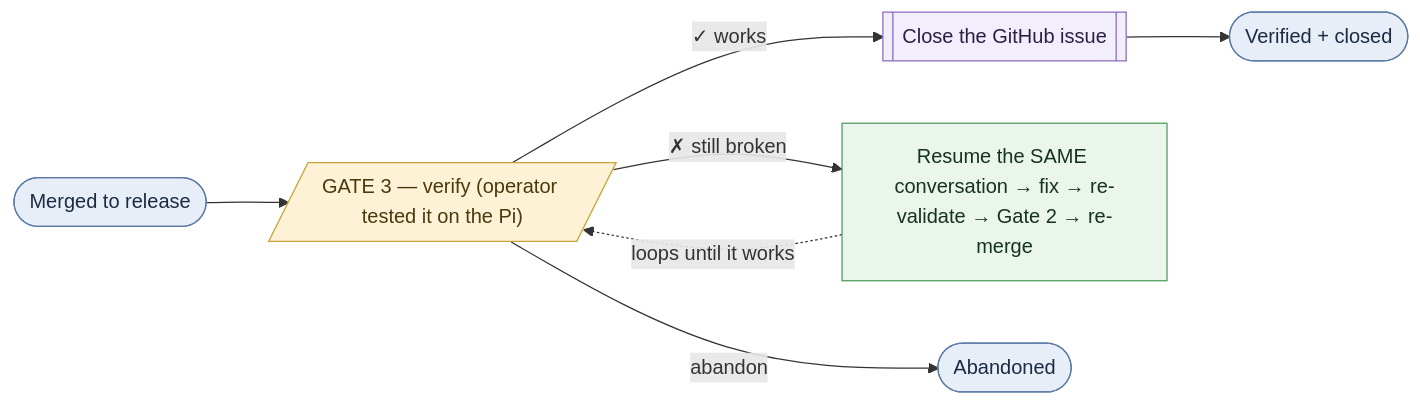
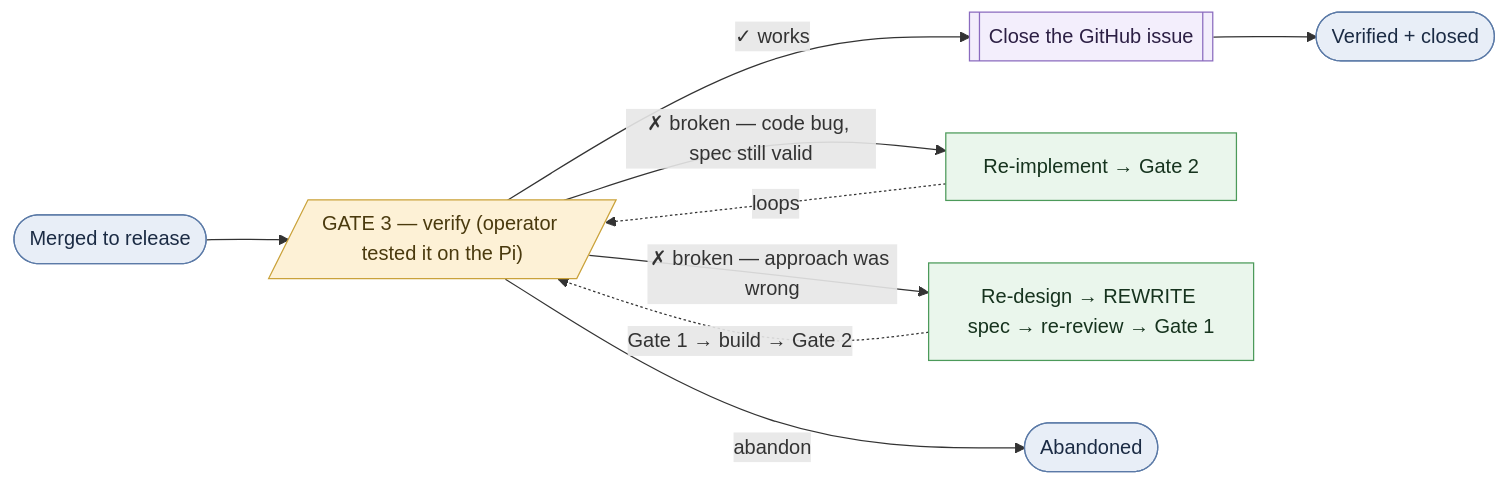
Before and after one commit to familycaptain/skipperbot-platform: the second of 2 diagrams in specs/evolve/sdlc.md, drawn with Mermaid. The commit also changed other lines of this file and 1 other file, not shown here.

First line of the commit message:
feat(evolve POC): verify-fail routes by depth — new approach re-specs + re-reviews + Gate 1

````diff
--- a/specs/evolve/sdlc.md
+++ b/specs/evolve/sdlc.md
@@ -160,12 +160,14 @@
 ```mermaid
 flowchart LR
   merged(["Merged to release"]):::event --> verify[/"GATE 3 — verify (operator tested it on the Pi)"/]:::gate
   verify -->|"✓ works"| close[["Close the GitHub issue"]]:::sys --> done(["Verified + closed"]):::event
-  verify -->|"✗ still broken"| resume["Resume the SAME conversation → fix → re-validate → Gate 2 → re-merge"]:::agent
-  resume -.->|"loops until it works"| verify
+  verify -->|"✗ broken — code bug, spec still valid"| reimpl["Re-implement → Gate 2"]:::agent
+  verify -->|"✗ broken — approach was wrong"| respec["Re-design → REWRITE spec → re-review → Gate 1"]:::agent
+  reimpl -.->|"loops"| verify
+  respec -.->|"Gate 1 → build → Gate 2"| verify
   verify -->|"abandon"| dropped(["Abandoned"]):::event
   classDef event fill:#e8eef7,stroke:#5b7aa7,color:#1b2b44;
   classDef agent fill:#eaf6ec,stroke:#4c9a5a,color:#16331e;
   classDef sys fill:#f3eefc,stroke:#8a6bbf,color:#2c1f44;
   classDef gate fill:#fdf1d6,stroke:#caa23a,color:#4a3a0e;
 ```
````
